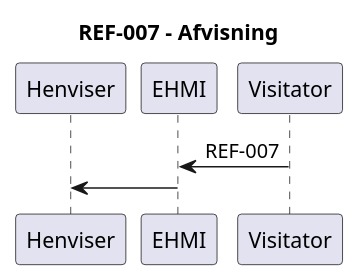
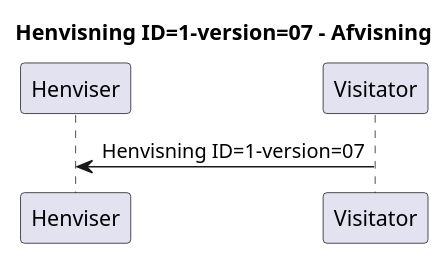
One commit to medcomdk/dk-medcom-ref-lm changed the seventh of 12 diagrams in input/plantuml/fhir-henvisning-messaging.puml. Above: the diagram before and after it, drawn with PlantUML. The commit also changed other lines of this file and 15 other files, not shown here.

```diff
--- a/input/plantuml/fhir-henvisning-messaging.puml
+++ b/input/plantuml/fhir-henvisning-messaging.puml
@@ -61,9 +73,9 @@
 @startuml
 
- title REF-007 - Afvisning
+ title Henvisning ID=1-version=07 - Afvisning
  participant Henviser
- participant EHMI
  participant Visitator
-Visitator -> EHMI : REF-007
-EHMI -> Henviser
+
+Visitator -> Henviser : Henvisning ID=1-version=07
+
 @enduml
```
